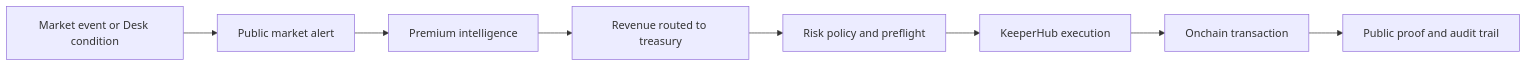
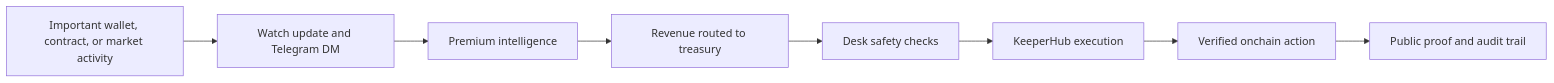
The first of 5 diagrams in README.md (zaikaman/ChronicleAI), drawn with Mermaid before and after one commit. The commit also changed other lines of this file, not shown here.

Commit message:
feat: update README to clarify ChronicleAI's functionality and premium services

````diff
--- a/README.md
+++ b/README.md
@@ -18,10 +18,10 @@
 ```mermaid
 flowchart LR
-    E[Market event or Desk condition] --> A[Public market alert]
-    A --> I[Premium intelligence]
+    E[Important wallet, contract, or market activity] --> W[Watch update and Telegram DM]
+    W --> I[Premium intelligence]
     I --> R[Revenue routed to treasury]
-    R --> G[Risk policy and preflight]
+    R --> G[Desk safety checks]
     G --> K[KeeperHub execution]
-    K --> T[Onchain transaction]
+    K --> T[Verified onchain action]
     T --> P[Public proof and audit trail]
 ```
````
